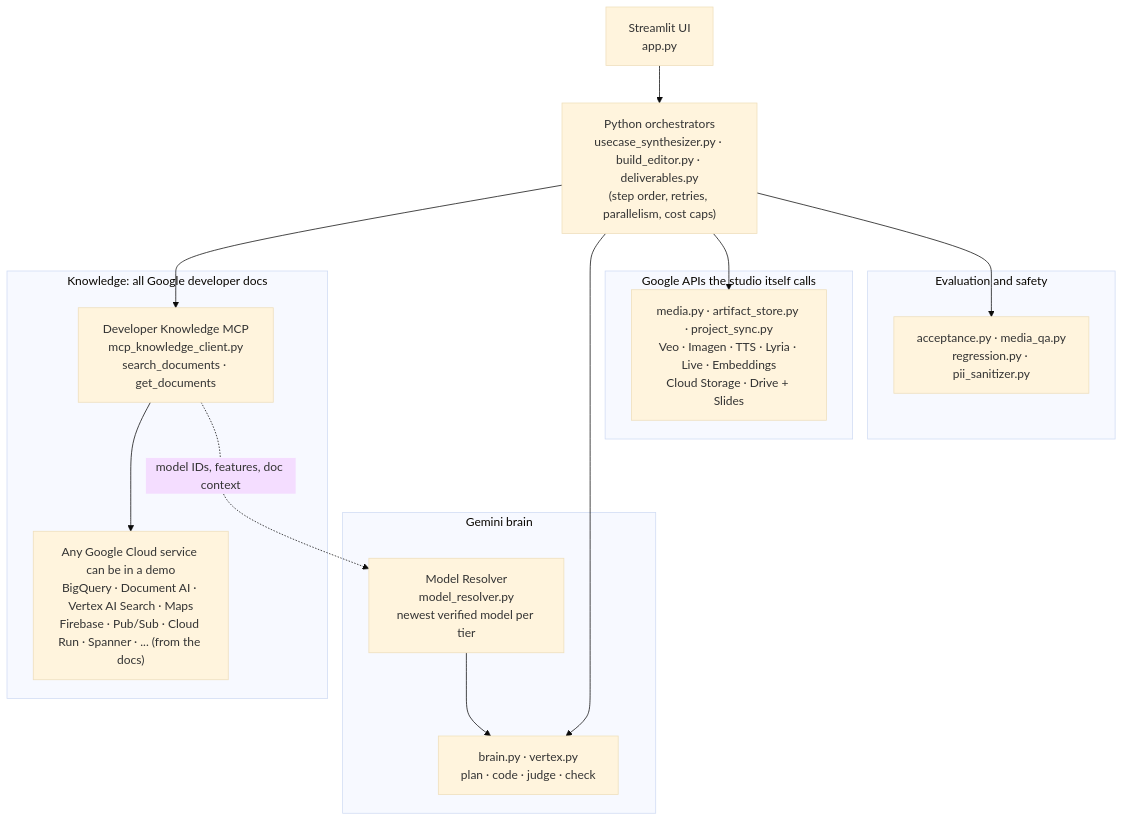
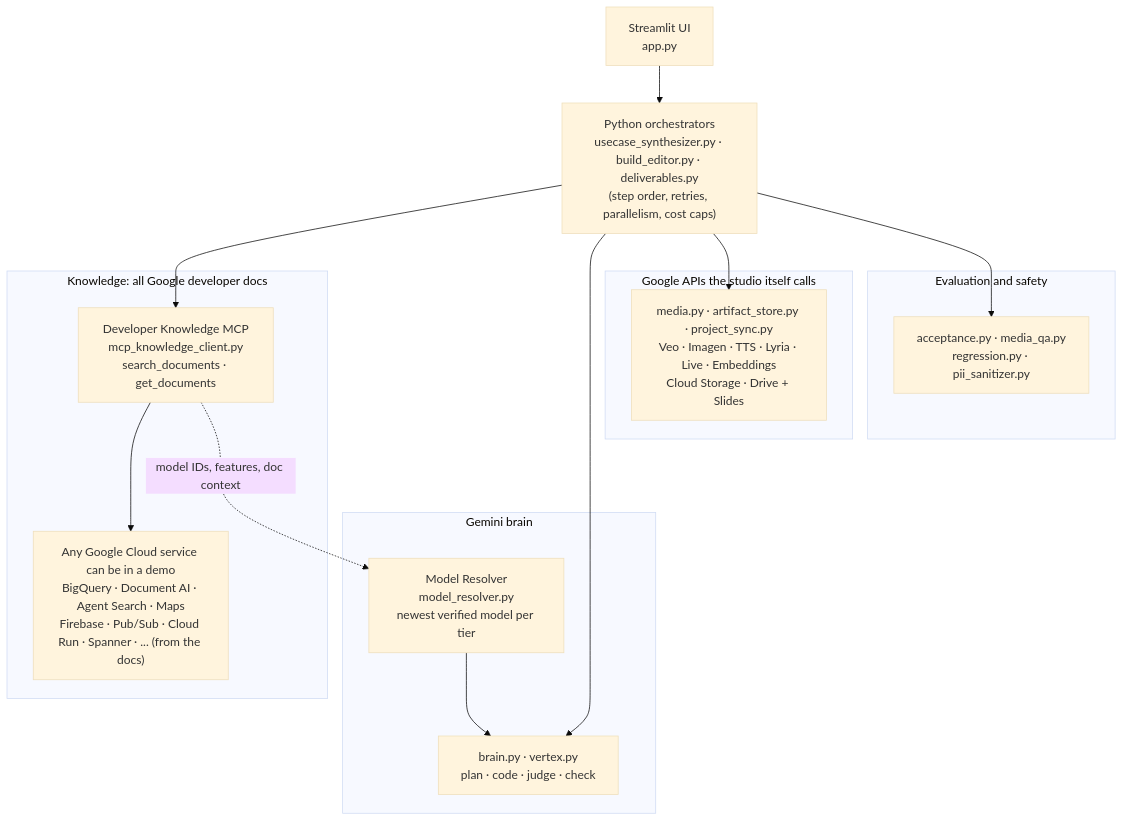
The second of 2 diagrams in README.md (LUJ20/eliminating-custom-demo-toil-with-google-mcp), drawn with Mermaid (base theme) before and after one commit. The commit also changed other lines of this file and 18 other files, not shown here.

First line of the commit message:
Naming: Vertex AI is Agent Platform (Gemini Enterprise Agent Platform) everywhere

````diff
--- a/README.md
+++ b/README.md
@@ -129,25 +131,25 @@
 ```mermaid
 flowchart TB
     UI["Streamlit UI<br/>app.py"] --> O["Python orchestrators<br/>usecase_synthesizer.py · build_editor.py · deliverables.py<br/>(step order, retries, parallelism, cost caps)"]
     subgraph K["Knowledge: all Google developer docs"]
         MCP["Developer Knowledge MCP<br/>mcp_knowledge_client.py<br/>search_documents · get_documents"]
-        ANY["Any Google Cloud service can be in a demo<br/>BigQuery · Document AI · Vertex AI Search · Maps<br/>Firebase · Pub/Sub · Cloud Run · Spanner · ... (from the docs)"]
+        ANY["Any Google Cloud service can be in a demo<br/>BigQuery · Document AI · Agent Search · Maps<br/>Firebase · Pub/Sub · Cloud Run · Spanner · ... (from the docs)"]
         MCP --> ANY
     end
     subgraph B["Gemini brain"]
         R["Model Resolver<br/>model_resolver.py<br/>newest verified model per tier"]
         G["brain.py · vertex.py<br/>plan · code · judge · check"]
         R --> G
     end
     subgraph T["Google APIs the studio itself calls"]
         API["media.py · artifact_store.py · project_sync.py<br/>Veo · Imagen · TTS · Lyria · Live · Embeddings<br/>Cloud Storage · Drive + Slides"]
     end
     subgraph E["Evaluation and safety"]
         EV["acceptance.py · media_qa.py<br/>regression.py · pii_sanitizer.py"]
     end
     O --> MCP
     O --> G
     O --> API
     O --> EV
     MCP -. "model IDs, features, doc context" .-> R
 ```
````
